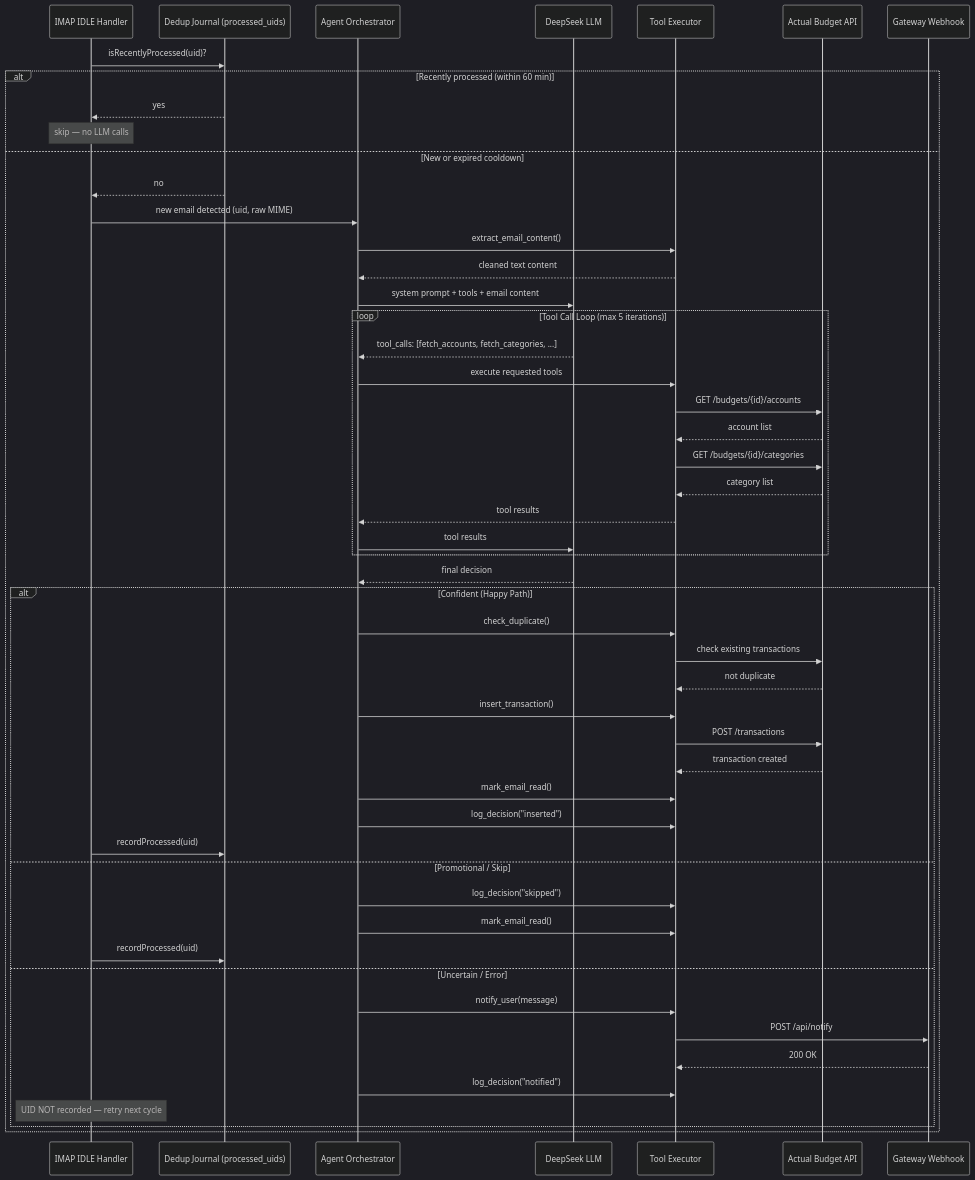
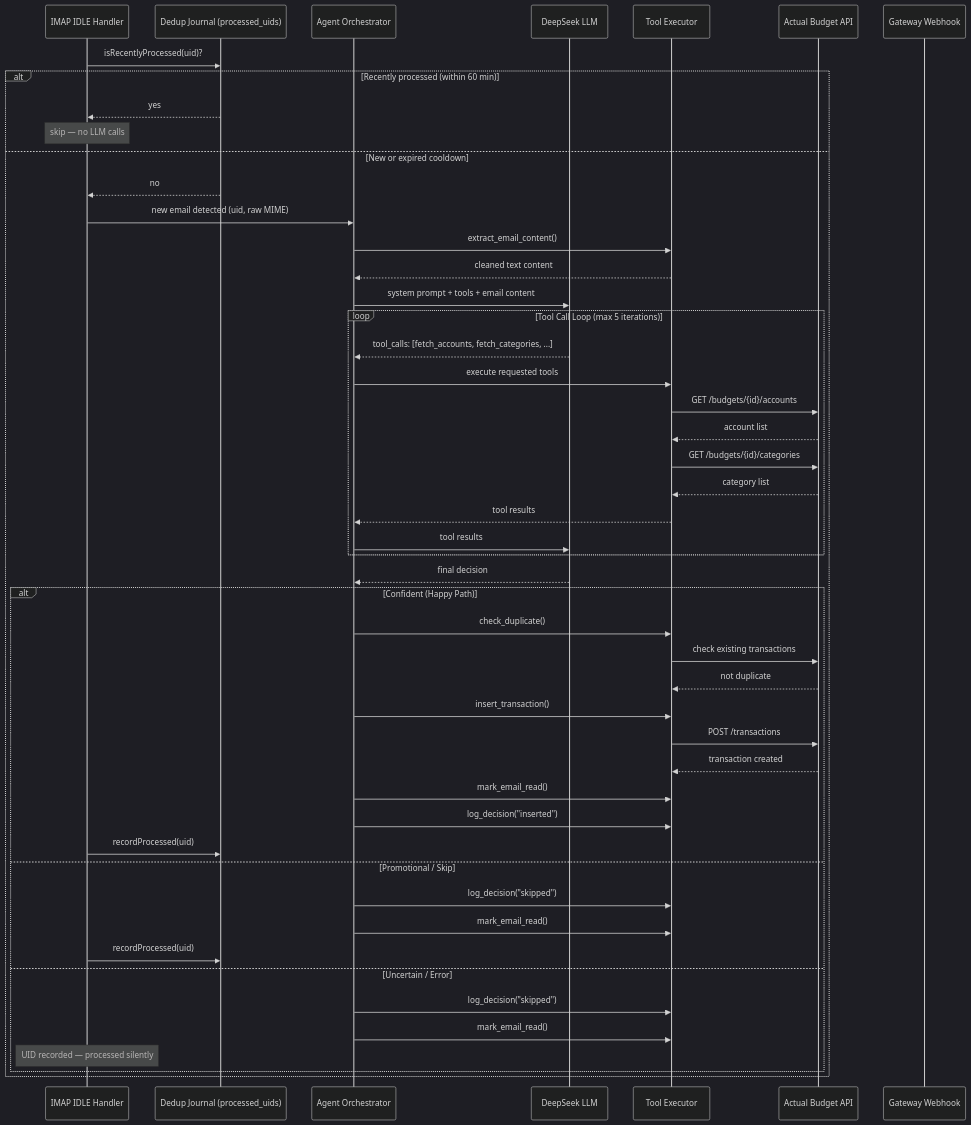
One commit to darrencjh8/darren-openclaw changed the fifth of 10 diagrams in design.md. Above: the diagram before and after it, drawn with Mermaid (dark theme). The commit also changed other lines of this file and 21 other files, not shown here.

````diff
--- a/design.md
+++ b/design.md
@@ -364,57 +360,55 @@
 ```mermaid
 sequenceDiagram
     participant IMAP as IMAP IDLE Handler
     participant DB as Dedup Journal (processed_uids)
     participant Orch as Agent Orchestrator
     participant LLM as DeepSeek LLM
     participant Tools as Tool Executor
     participant AB as Actual Budget API
     participant GW as Gateway Webhook
 
     IMAP->>DB: isRecentlyProcessed(uid)?
     alt Recently processed (within 60 min)
         DB-->>IMAP: yes
         Note over IMAP: skip — no LLM calls
     else New or expired cooldown
         DB-->>IMAP: no
         IMAP->>Orch: new email detected (uid, raw MIME)
         Orch->>Tools: extract_email_content()
         Tools-->>Orch: cleaned text content
         Orch->>LLM: system prompt + tools + email content
         
         loop Tool Call Loop (max 5 iterations)
             LLM-->>Orch: tool_calls: [fetch_accounts, fetch_categories, ...]
             Orch->>Tools: execute requested tools
             Tools->>AB: GET /budgets/{id}/accounts
             AB-->>Tools: account list
             Tools->>AB: GET /budgets/{id}/categories
             AB-->>Tools: category list
             Tools-->>Orch: tool results
             Orch->>LLM: tool results
         end
 
         LLM-->>Orch: final decision
         
         alt Confident (Happy Path)
             Orch->>Tools: check_duplicate()
             Tools->>AB: check existing transactions
             AB-->>Tools: not duplicate
             Orch->>Tools: insert_transaction()
             Tools->>AB: POST /transactions
             AB-->>Tools: transaction created
             Orch->>Tools: mark_email_read()
             Orch->>Tools: log_decision("inserted")
             IMAP->>DB: recordProcessed(uid)
         else Promotional / Skip
             Orch->>Tools: log_decision("skipped")
             Orch->>Tools: mark_email_read()
             IMAP->>DB: recordProcessed(uid)
         else Uncertain / Error
-            Orch->>Tools: notify_user(message)
-            Tools->>GW: POST /api/notify
-            GW-->>Tools: 200 OK
-            Orch->>Tools: log_decision("notified")
-            Note over IMAP: UID NOT recorded — retry next cycle
+            Orch->>Tools: log_decision("skipped")
+            Orch->>Tools: mark_email_read()
+            Note over IMAP: UID recorded — processed silently
         end
     end
 ```
````
